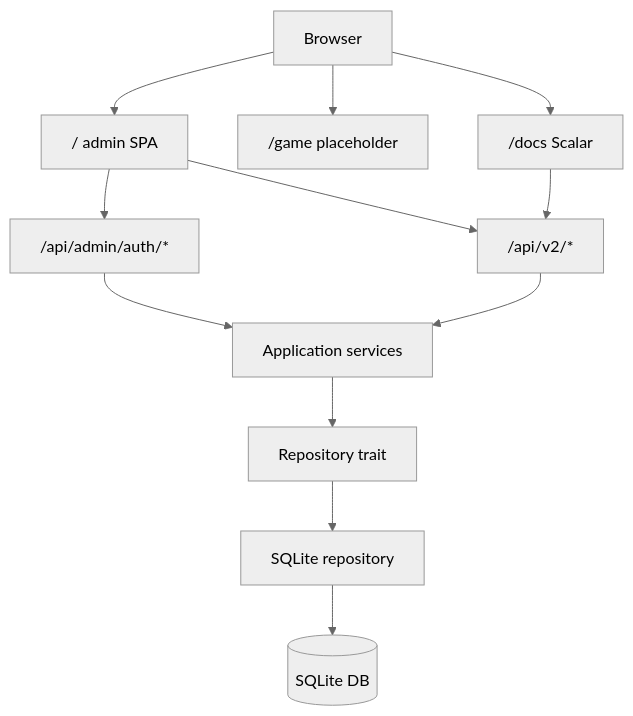
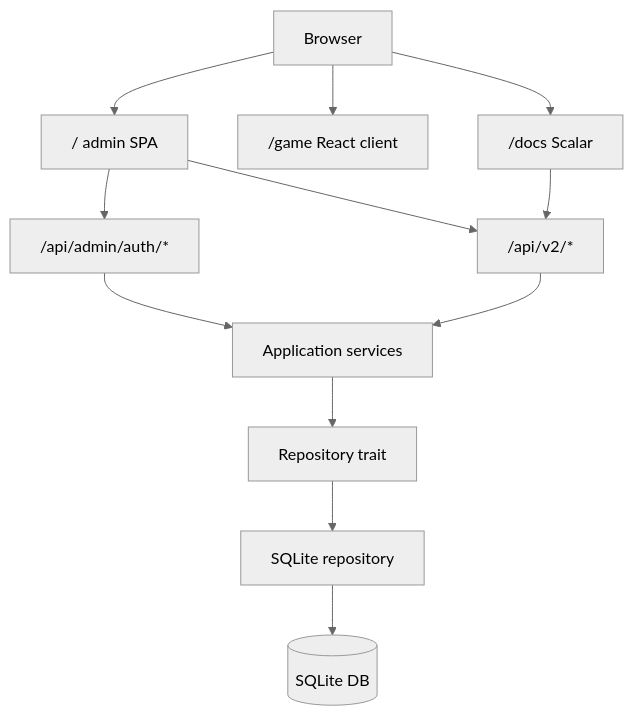
The diagram in README.md (sawrus/x10), drawn with Mermaid (neutral theme) before and after one commit. The commit also changed other lines of this file and 13 other files, not shown here.

Commit message:
feat(web): serve react game frontend at /game

````diff
--- a/README.md
+++ b/README.md
@@ -53,14 +53,14 @@
 ```mermaid
 flowchart TD
     Browser["Browser"] --> Admin["/ admin SPA"]
-    Browser --> Game["/game placeholder"]
+    Browser --> Game["/game React client"]
     Browser --> Docs["/docs Scalar"]
     Admin --> Auth["/api/admin/auth/*"]
     Admin --> Api["/api/v2/*"]
     Docs --> Api
     Auth --> App["Application services"]
     Api --> App
     App --> Repo["Repository trait"]
     Repo --> Sqlite["SQLite repository"]
     Sqlite --> Db[("SQLite DB")]
 ```
````
